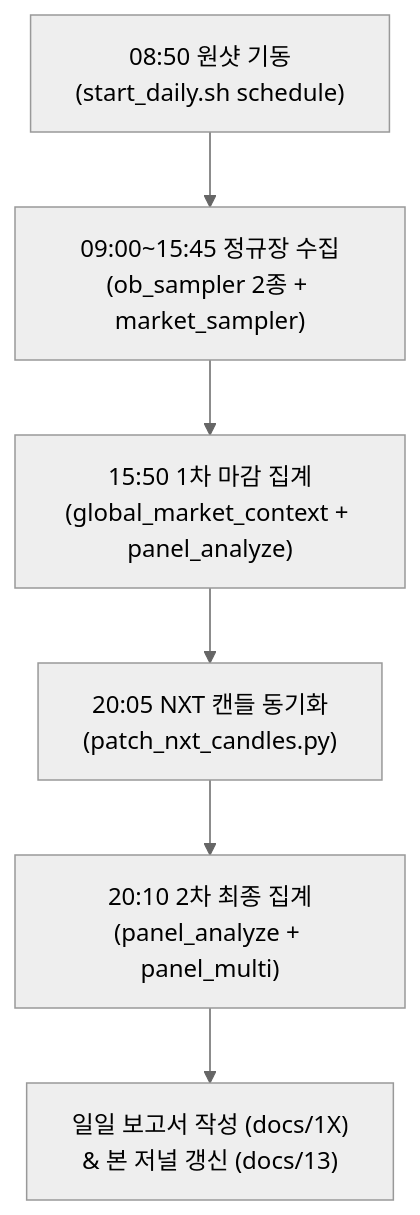
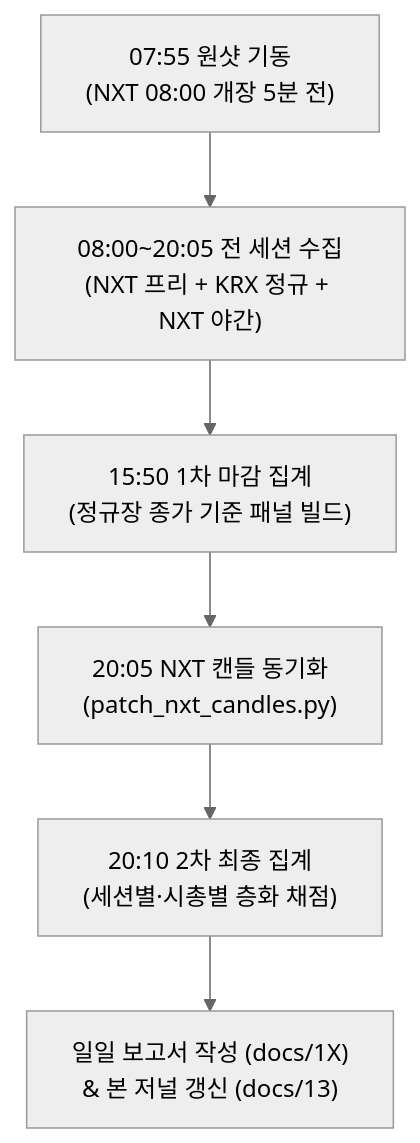
The diagram in docs/13-research_daily_journal.md (flowtide/rrr-swing), drawn with Mermaid (neutral theme) before and after one commit. The commit also changed other lines of this file and 3 other files, not shown here.

First line of the commit message:
feat(research): NXT 08:00 개장 세션 수집 및 세션별 층화 채점 체계 구축

````diff
--- a/docs/13-research_daily_journal.md
+++ b/docs/13-research_daily_journal.md
@@ -118,8 +118,8 @@
 ```mermaid
 flowchart TD
-    A["08:50 원샷 기동<br>(start_daily.sh schedule)"] --> B["09:00~15:45 정규장 수집<br>(ob_sampler 2종 + market_sampler)"]
-    B --> C["15:50 1차 마감 집계<br>(global_market_context + panel_analyze)"]
+    A["07:55 원샷 기동<br>(NXT 08:00 개장 5분 전)"] --> B["08:00~20:05 전 세션 수집<br>(NXT 프리 + KRX 정규 + NXT 야간)"]
+    B --> C["15:50 1차 마감 집계<br>(정규장 종가 기준 패널 빌드)"]
     C --> D["20:05 NXT 캔들 동기화<br>(patch_nxt_candles.py)"]
-    D --> E["20:10 2차 최종 집계<br>(panel_analyze + panel_multi)"]
+    D --> E["20:10 2차 최종 집계<br>(세션별·시총별 층화 채점)"]
     E --> F["일일 보고서 작성 (docs/1X)<br>& 본 저널 갱신 (docs/13)"]
 ```
````
